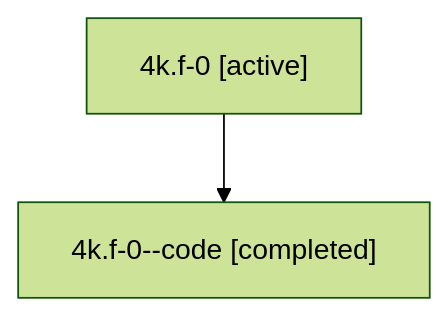
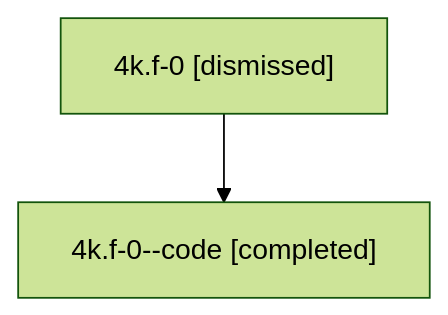
The diagram in sessions/bbugyi200.athena.4k.f-0.md (bobs-org/bob-cli--agents), drawn with Mermaid (forest theme) before and after one commit. The commit also changed other lines of this file and 46 other files, not shown here.

````diff
--- a/sessions/bbugyi200.athena.4k.f-0.md
+++ b/sessions/bbugyi200.athena.4k.f-0.md
@@ -9,6 +9,6 @@
 ```mermaid
 flowchart TD
-  n0["4k.f-0 [active]"]
+  n0["4k.f-0 [dismissed]"]
   n1["4k.f-0--code [completed]"]
   n0 --> n1
 ```
````
